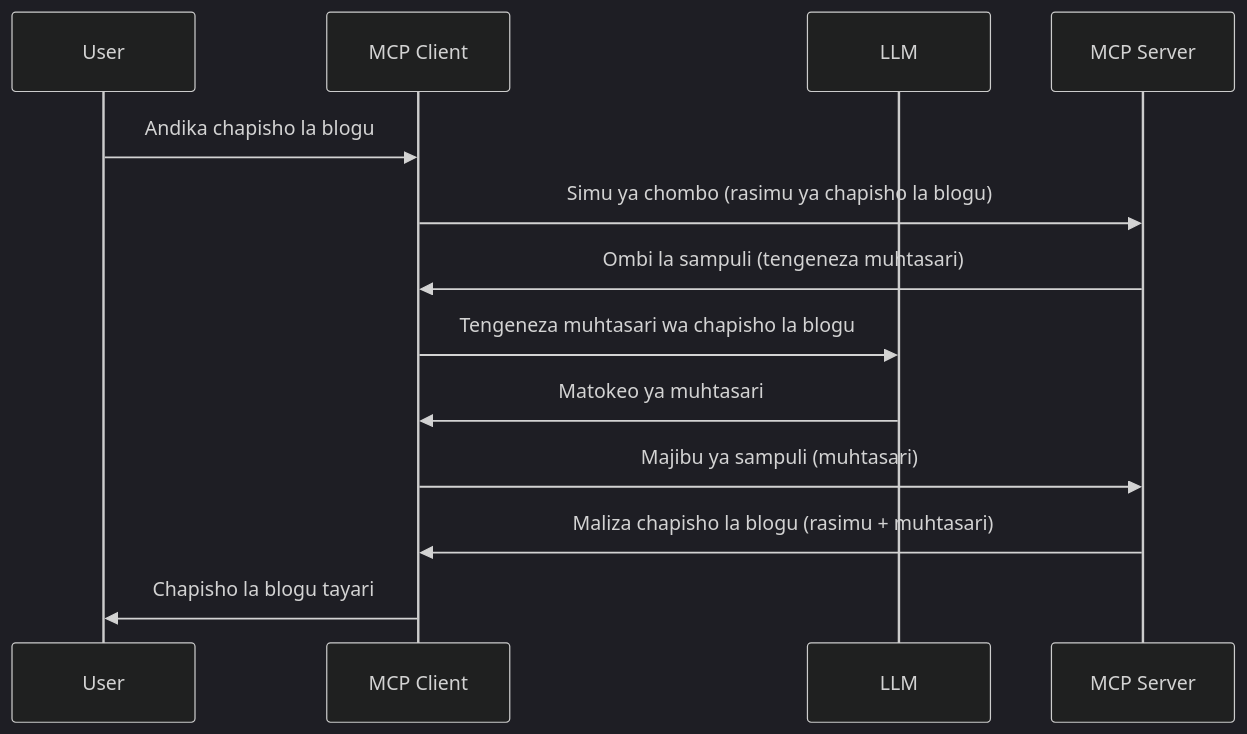
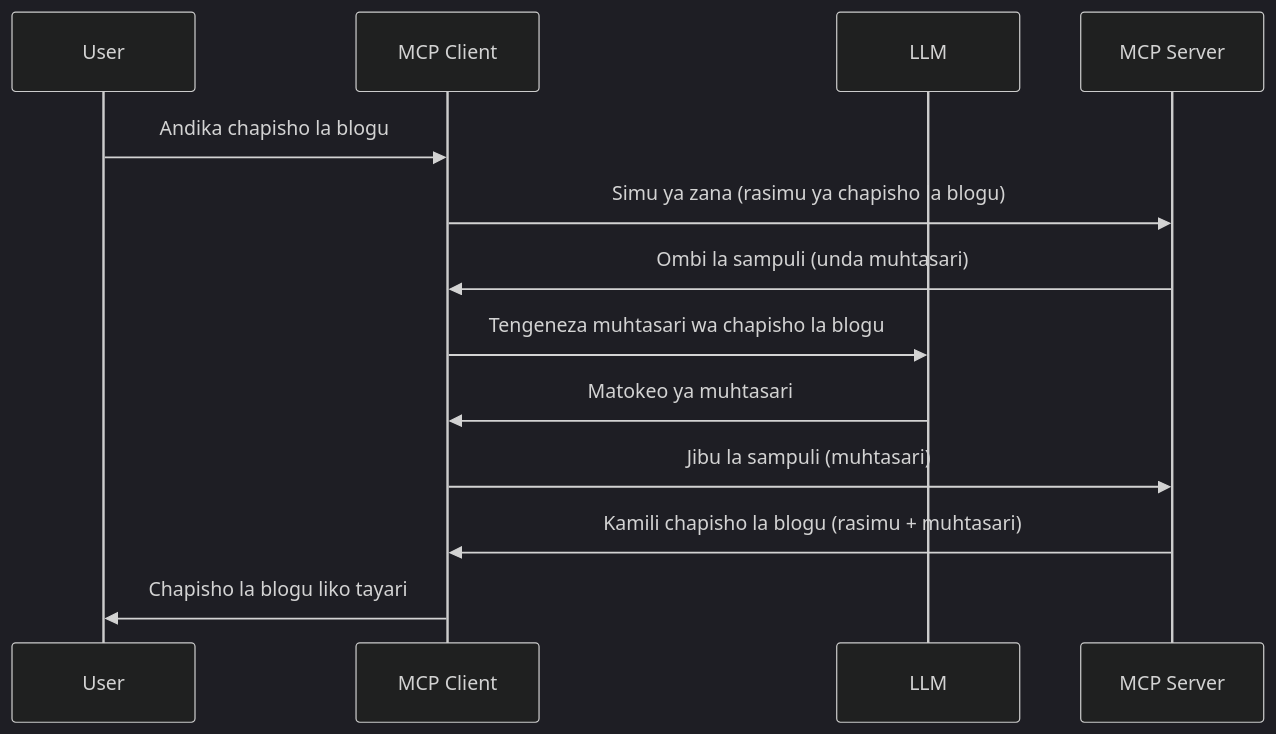
Before and after one commit to HIDORAKAI002/ai-workspace-archive: the diagram in mcp_ecosystem__model_context_protocol/mcp_learning_resources/mcp-for-beginners/translations/sw/03-GettingStarted/14-sampling/README.md, drawn with Mermaid (dark theme). The commit also changed other lines of this file and 1160 other files, not shown here.

````diff
--- a/mcp_ecosystem__model_context_protocol/mcp_learning_resources/mcp-for-beginners/translations/sw/03-GettingStarted/14-sampling/README.md
+++ b/mcp_ecosystem__model_context_protocol/mcp_learning_resources/mcp-for-beginners/translations/sw/03-GettingStarted/14-sampling/README.md
@@ -23,16 +23,16 @@
 ```mermaid
 sequenceDiagram
     participant User
     participant MCP Client
     participant LLM
     participant MCP Server
 
     User->>MCP Client: Andika chapisho la blogu
-    MCP Client->>MCP Server: Simu ya chombo (rasimu ya chapisho la blogu)
-    MCP Server->>MCP Client: Ombi la sampuli (tengeneza muhtasari)
+    MCP Client->>MCP Server: Simu ya zana (rasimu ya chapisho la blogu)
+    MCP Server->>MCP Client: Ombi la sampuli (unda muhtasari)
     MCP Client->>LLM: Tengeneza muhtasari wa chapisho la blogu
     LLM->>MCP Client: Matokeo ya muhtasari
-    MCP Client->>MCP Server: Majibu ya sampuli (muhtasari)
-    MCP Server->>MCP Client: Maliza chapisho la blogu (rasimu + muhtasari)
-    MCP Client->>User: Chapisho la blogu tayari
+    MCP Client->>MCP Server: Jibu la sampuli (muhtasari)
+    MCP Server->>MCP Client: Kamili chapisho la blogu (rasimu + muhtasari)
+    MCP Client->>User: Chapisho la blogu liko tayari
 ```
````
